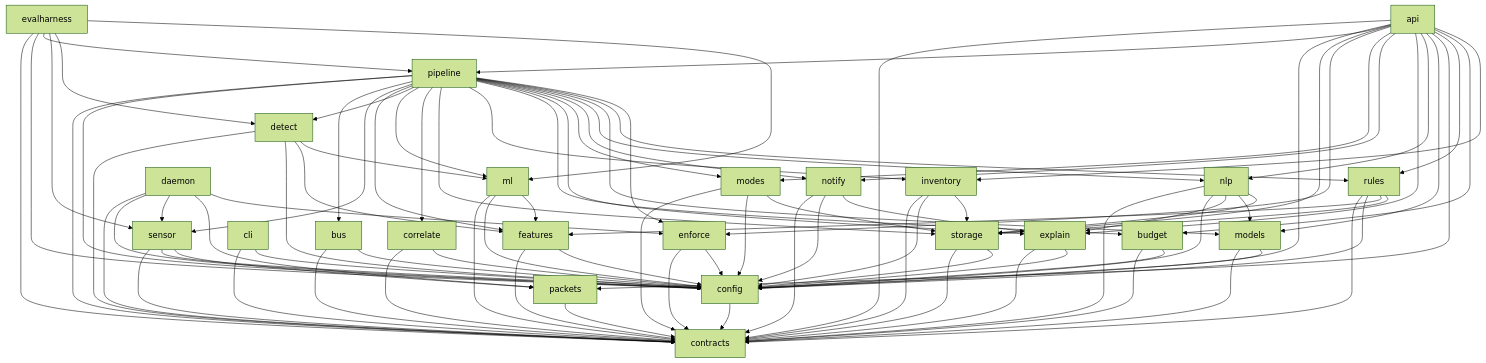
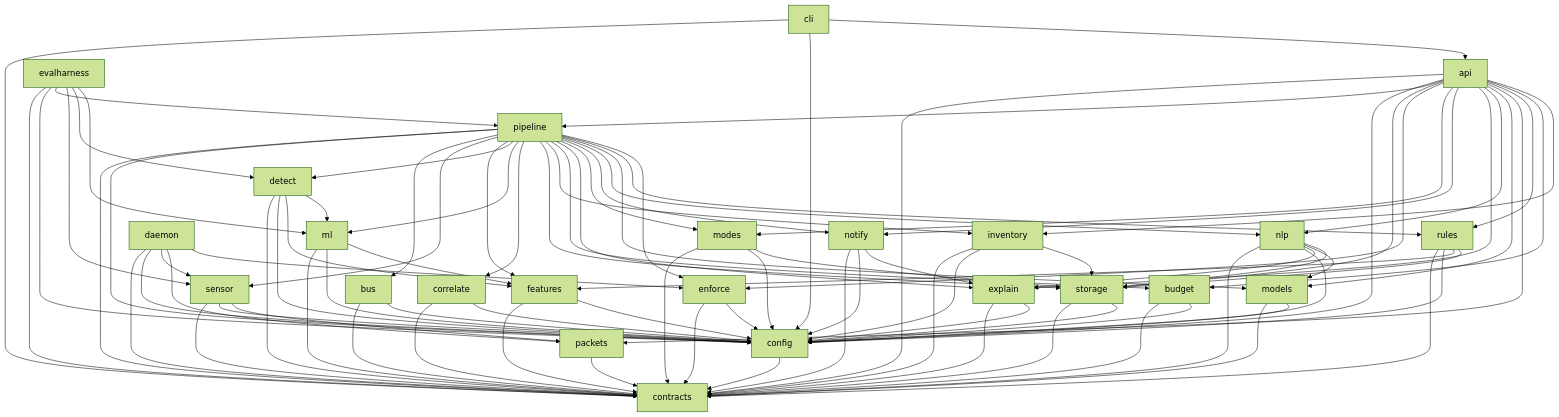
The diagram in docs/diagrams/05-module-dependencies.mmd (MRX-72/Hackt0b3r), drawn with Mermaid (forest theme) before and after one commit. The commit also changed 23 other files, not shown here.

```diff
--- a/docs/diagrams/05-module-dependencies.mmd
+++ b/docs/diagrams/05-module-dependencies.mmd
@@ -1,94 +1,95 @@
 %% 05 Module dependencies. An edge A --> B means A MAY import B. tests/test_architecture.py parses this file.
 %% Anything not listed is forbidden. Stage 0 module set; later modules are added here in the same commit as their code.
 flowchart TB
   config --> contracts
   storage --> contracts
   storage --> config
   bus --> contracts
   bus --> config
   packets --> contracts
   sensor --> contracts
   sensor --> config
   sensor --> packets
   features --> contracts
   features --> config
   inventory --> contracts
   inventory --> config
   inventory --> storage
   ml --> contracts
   ml --> config
   ml --> features
   detect --> contracts
   detect --> config
   detect --> features
   detect --> ml
   correlate --> contracts
   correlate --> config
   explain --> contracts
   explain --> config
   models --> contracts
   models --> config
   nlp --> contracts
   nlp --> config
   nlp --> explain
   nlp --> models
   nlp --> storage
   budget --> contracts
   budget --> config
   enforce --> contracts
   enforce --> config
   rules --> contracts
   rules --> config
   rules --> features
   rules --> storage
   modes --> contracts
   modes --> config
   modes --> storage
   notify --> contracts
   notify --> config
   notify --> explain
   daemon --> contracts
   daemon --> config
   daemon --> sensor
   daemon --> packets
   daemon --> enforce
   pipeline --> contracts
   pipeline --> config
   pipeline --> bus
   pipeline --> sensor
   pipeline --> features
   pipeline --> detect
   pipeline --> ml
   pipeline --> correlate
   pipeline --> storage
   pipeline --> inventory
   pipeline --> budget
   pipeline --> explain
   pipeline --> modes
   pipeline --> notify
   pipeline --> nlp
   pipeline --> models
   pipeline --> rules
   pipeline --> enforce
   api --> contracts
   api --> config
   api --> pipeline
   api --> storage
   api --> enforce
   api --> modes
   api --> notify
   api --> explain
   api --> nlp
   api --> models
   api --> packets
   api --> rules
   api --> budget
   api --> inventory
   cli --> contracts
   cli --> config
+  cli --> api
   evalharness --> contracts
   evalharness --> config
   evalharness --> pipeline
   evalharness --> sensor
   evalharness --> detect
   evalharness --> ml
```
